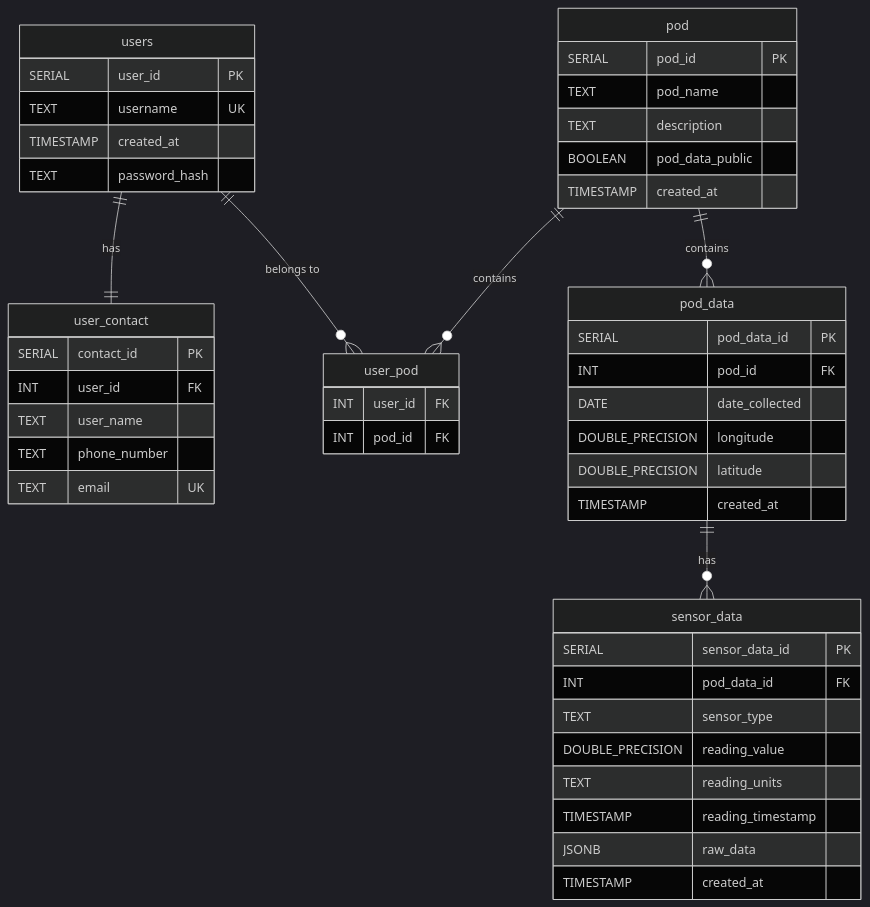
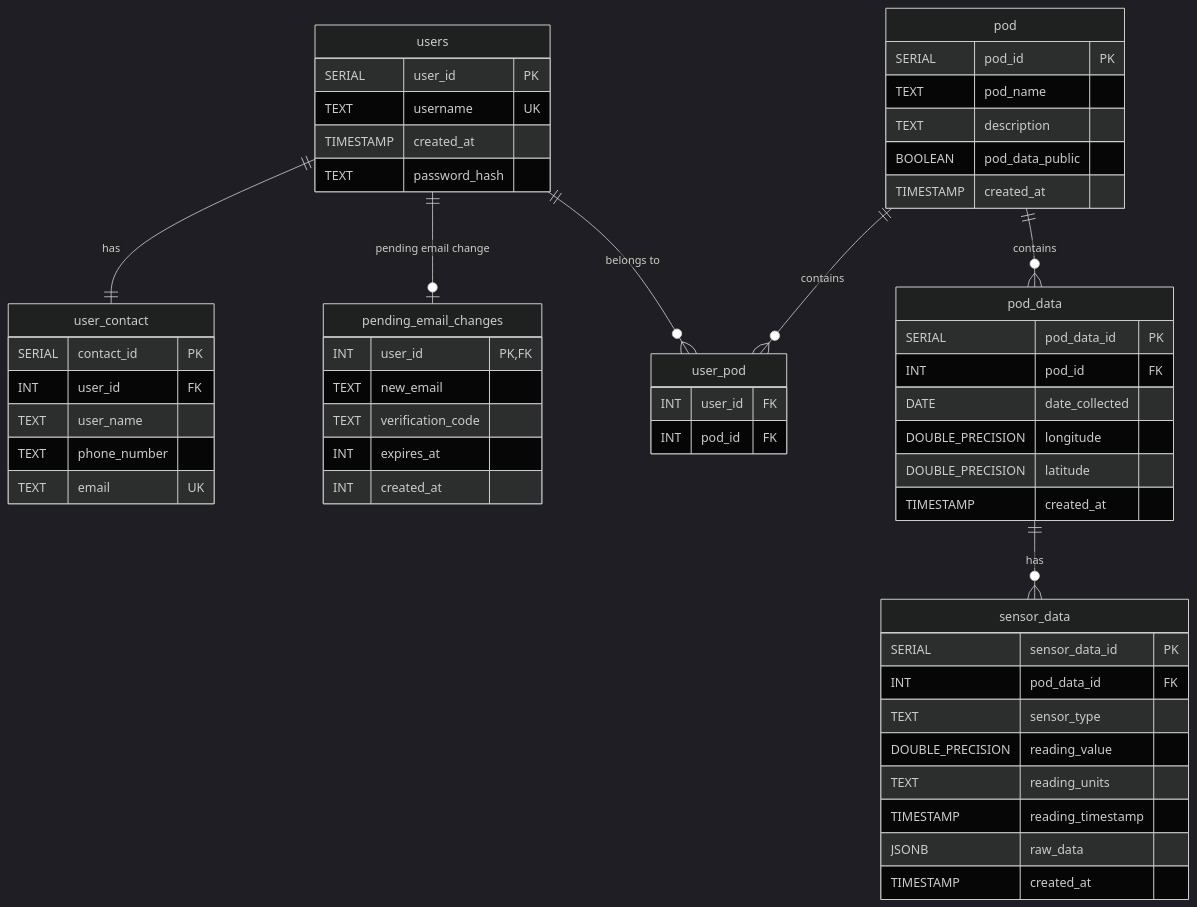
One commit to EricGosnell/Environmental-Variance-Analyzer changed the diagram in Documentation/database_diagram.md. Above: the diagram before and after it, drawn with Mermaid (dark theme). The commit also changed other lines of this file and 2 other files, not shown here.

Commit message:
made it so users aren't softlocked if they left the verify email page without verifying on signup

````diff
--- a/Documentation/database_diagram.md
+++ b/Documentation/database_diagram.md
@@ -7,56 +7,65 @@
 ```mermaid
 erDiagram
     users {
         SERIAL user_id PK
         TEXT username UK
         TIMESTAMP created_at
         TEXT password_hash
     }
     
     user_contact {
         SERIAL contact_id PK
         INT user_id FK
         TEXT user_name
         TEXT phone_number
         TEXT email UK
+    }
+
+    pending_email_changes {
+        INT user_id PK,FK
+        TEXT new_email
+        TEXT verification_code
+        INT expires_at
+        INT created_at
     }
     
     pod {
         SERIAL pod_id PK
         TEXT pod_name
         TEXT description
         BOOLEAN pod_data_public
         TIMESTAMP created_at
     }
     
     user_pod {
         INT user_id FK
         INT pod_id FK
     }
     
     pod_data {
         SERIAL pod_data_id PK
         INT pod_id FK
         DATE date_collected
         DOUBLE_PRECISION longitude
         DOUBLE_PRECISION latitude
         TIMESTAMP created_at
     }
     
     sensor_data {
         SERIAL sensor_data_id PK
         INT pod_data_id FK
         TEXT sensor_type
         DOUBLE_PRECISION reading_value
         TEXT reading_units
         TIMESTAMP reading_timestamp
         JSONB raw_data
         TIMESTAMP created_at
     }
     
     users ||--|| user_contact : "has"
+    users ||--o| pending_email_changes : "pending email change"
     users ||--o{ user_pod : "belongs to"
     pod ||--o{ user_pod : "contains"
     pod ||--o{ pod_data : "contains"
     pod_data ||--o{ sensor_data : "has"
 ```
````
